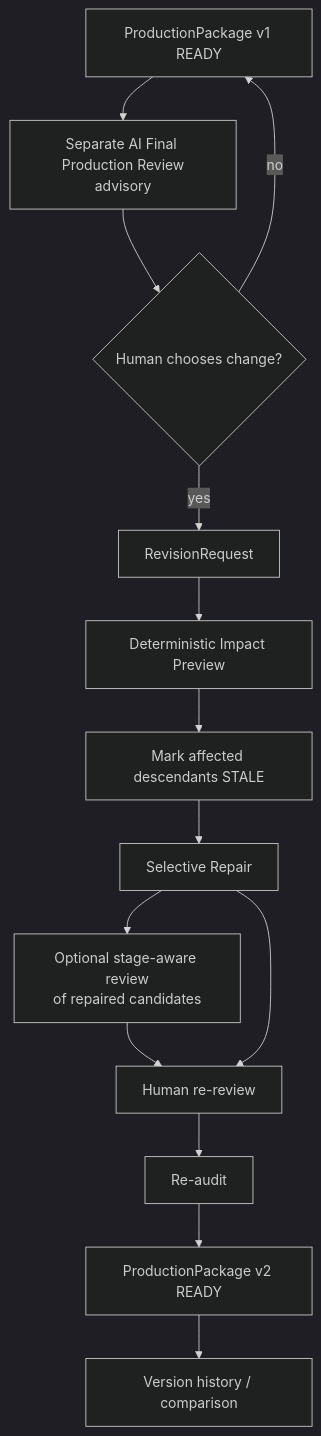
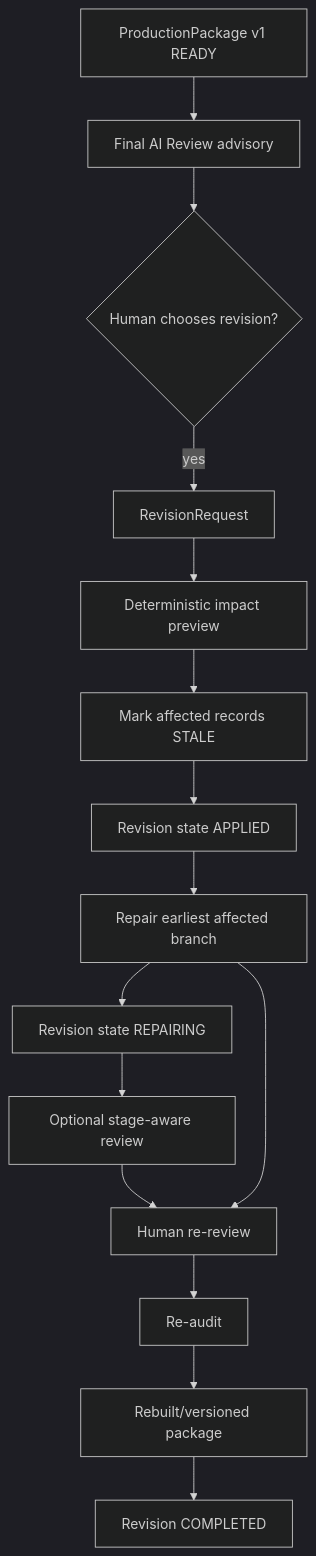
Before and after one commit to amin076/tital: the fourth of 4 diagrams in docs/architecture/workflow-architecture.md, drawn with Mermaid (dark theme). The commit also changed other lines of this file, not shown here.

Commit message:
docs: update workflow architecture for governed repair

````diff
--- a/docs/architecture/workflow-architecture.md
+++ b/docs/architecture/workflow-architecture.md
@@ -279,20 +231,21 @@
 ```mermaid
 graph TD
     P1[ProductionPackage v1 READY]
-    AR[Separate AI Final Production Review\nadvisory]
-    H{Human chooses change?}
+    AR[Final AI Review advisory]
+    H{Human chooses revision?}
     RR[RevisionRequest]
-    IP[Deterministic Impact Preview]
-    S[Mark affected descendants STALE]
-    REP[Selective Repair]
-    SR[Optional stage-aware review\nof repaired candidates]
+    IP[Deterministic impact preview]
+    S[Mark affected records STALE]
+    RG[Revision state APPLIED]
+    REP[Repair earliest affected branch]
+    R2[Revision state REPAIRING]
+    AI[Optional stage-aware review]
     HR[Human re-review]
     AU[Re-audit]
-    P2[ProductionPackage v2 READY]
-    HIST[Version history / comparison]
+    P2[Rebuilt/versioned package]
+    RC[Revision COMPLETED]
 
     P1 --> AR --> H
-    H -->|no| P1
-    H -->|yes| RR --> IP --> S --> REP --> SR --> HR --> AU --> P2 --> HIST
+    H -->|yes| RR --> IP --> S --> RG --> REP --> R2 --> AI --> HR --> AU --> P2 --> RC
     REP --> HR
 ```
````
